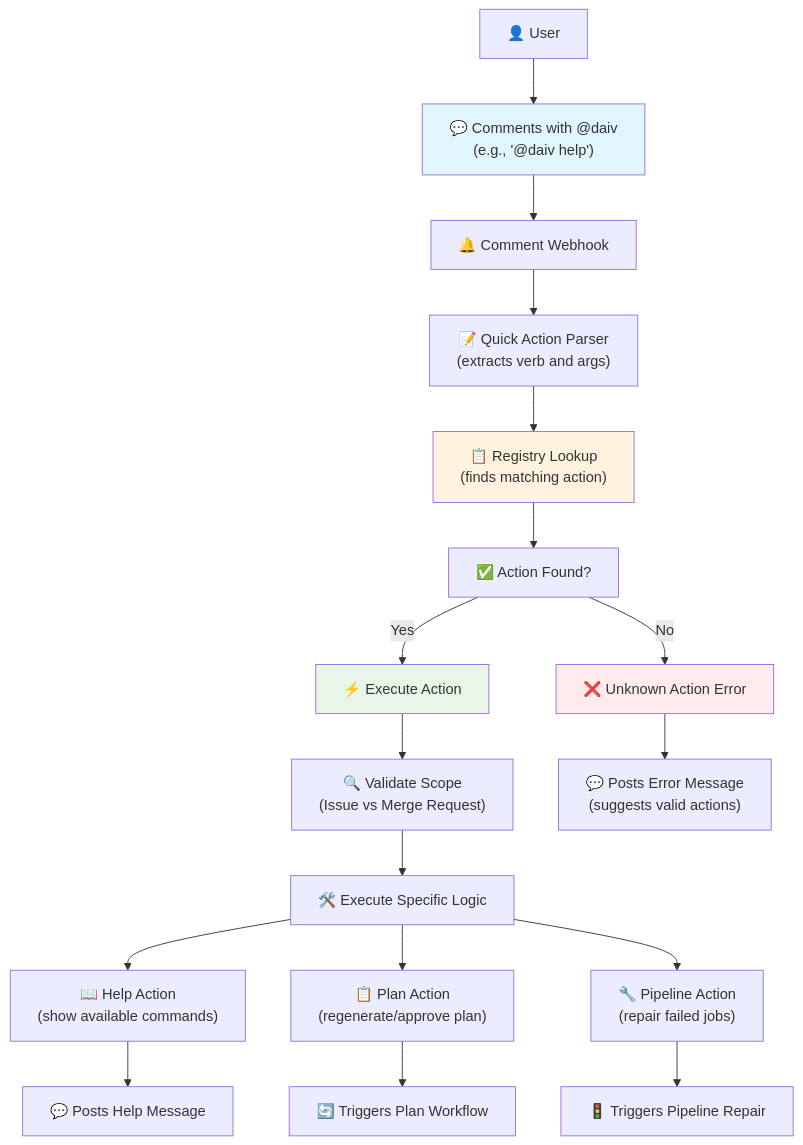
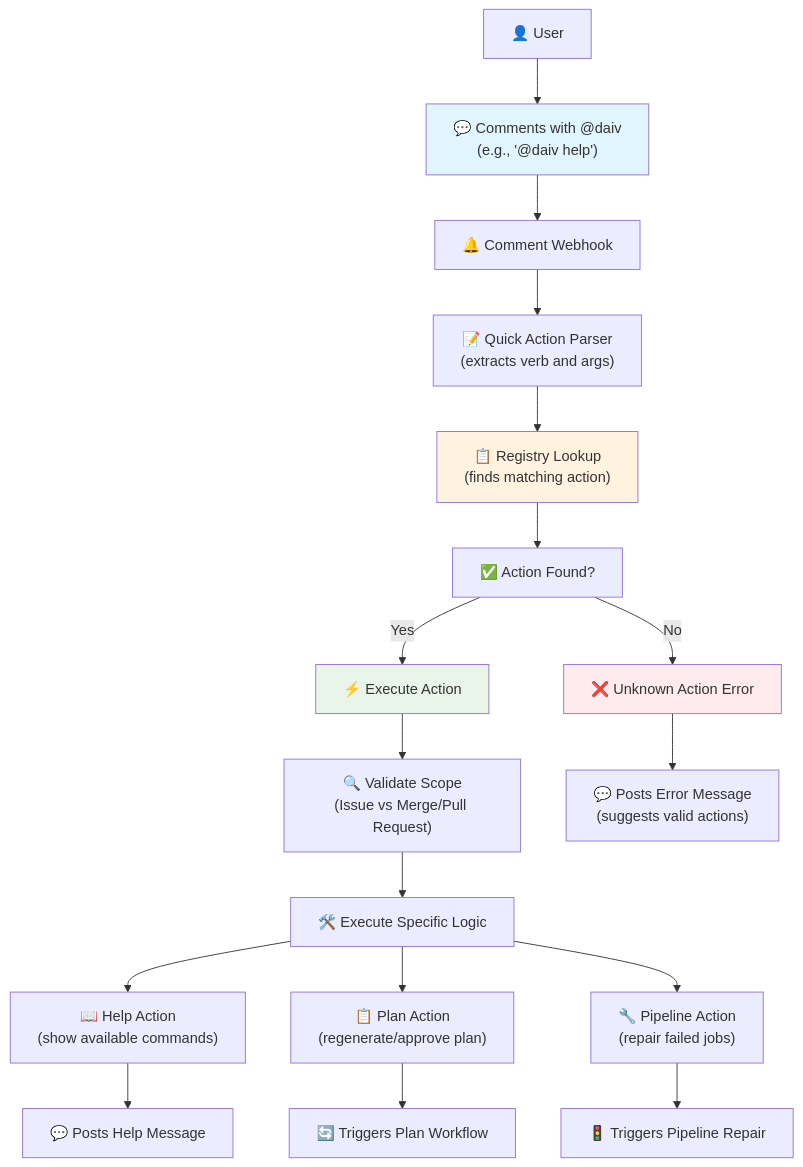
The diagram in docs/features/quick-actions.md (srtab/daiv), drawn with Mermaid before and after one commit. The commit also changed other lines of this file and 8 other files, not shown here.

````diff
--- a/docs/features/quick-actions.md
+++ b/docs/features/quick-actions.md
@@ -31,29 +31,29 @@
 ```mermaid
 graph TD
     A["👤 User"] --> B["💬 Comments with @daiv<br/>(e.g., '@daiv help')"]
     B --> C["🔔 Comment Webhook"]
     C --> D["📝 Quick Action Parser<br/>(extracts verb and args)"]
     D --> E["📋 Registry Lookup<br/>(finds matching action)"]
 
     E --> F["✅ Action Found?"]
     F -->|Yes| G["⚡ Execute Action"]
     F -->|No| H["❌ Unknown Action Error"]
 
-    G --> I["🔍 Validate Scope<br/>(Issue vs Merge Request)"]
+    G --> I["🔍 Validate Scope<br/>(Issue vs Merge/Pull Request)"]
     I --> J["🛠️ Execute Specific Logic"]
 
     J --> K["📖 Help Action<br/>(show available commands)"]
     J --> L["📋 Plan Action<br/>(regenerate/approve plan)"]
     J --> M["🔧 Pipeline Action<br/>(repair failed jobs)"]
 
     K --> N["💬 Posts Help Message"]
     L --> O["🔄 Triggers Plan Workflow"]
     M --> P["🚦 Triggers Pipeline Repair"]
 
     H --> Q["💬 Posts Error Message<br/>(suggests valid actions)"]
 
     style B fill:#e1f5fe
     style E fill:#fff3e0
     style G fill:#e8f5e8
     style H fill:#ffebee
 ```
````
